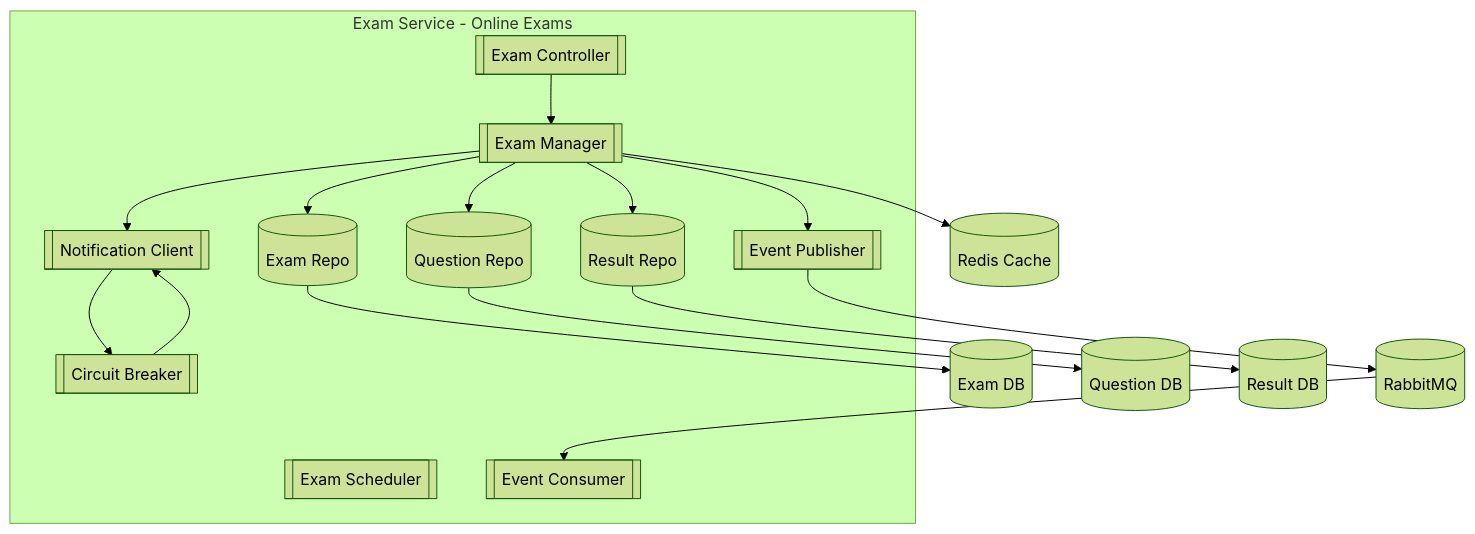
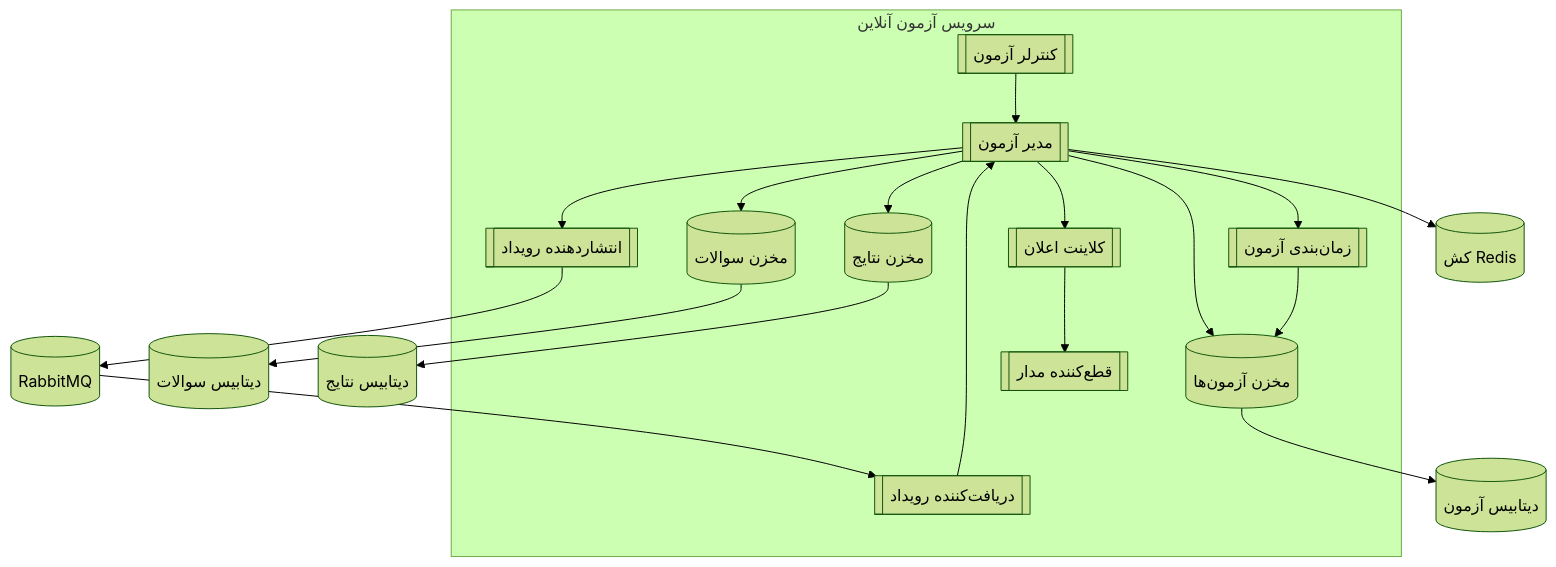
The seventh of 8 diagrams in README.md (Amir-Goli-1383/test), drawn with Mermaid (forest theme) before and after one commit. The commit also changed other lines of this file, not shown here.

````diff
--- a/README.md
+++ b/README.md
@@ -296,41 +252,46 @@
 ```mermaid
 flowchart TB
+    subgraph ExamService ["سرویس آزمون آنلاین"]
+        ExamController[[کنترلر آزمون]]
+        ExamManager[[مدیر آزمون]]
+        ExamScheduler[[زمان‌بندی آزمون]]
+        QuestionRepo[(مخزن سوالات)]
+        ExamRepo[(مخزن آزمون‌ها)]
+        ResultRepo[(مخزن نتایج)]
+        NotificationClient[[کلاینت اعلان]]
+        CB[[قطع‌کننده مدار]]
+        EventPublisher[[انتشاردهنده رویداد]]
+        EventConsumer[[دریافت‌کننده رویداد]]
+    end
+    ExamDB[(دیتابیس آزمون)]
+    QuestionDB[(دیتابیس سوالات)]
+    ResultDB[(دیتابیس نتایج)]
+    MessageBroker[(RabbitMQ)]
+    Cache[(کش Redis)]
 
-    subgraph ExamService ["Exam Service - Online Exams"]
-
-        ExamController[[Exam Controller]]
-        ExamManager[[Exam Manager]]
-        ExamScheduler[[Exam Scheduler]]
-        QuestionRepo[(Question Repo)]
-        ExamRepo[(Exam Repo)]
-        ResultRepo[(Result Repo)]
-        NotificationClient[[Notification Client]]
-        CB[[Circuit Breaker]]
-        EventPublisher[[Event Publisher]]
-        EventConsumer[[Event Consumer]]
-
-    end
-
-    ExamDB[(Exam DB)]
-    QuestionDB[(Question DB)]
-    ResultDB[(Result DB)]
-    MessageBroker[(RabbitMQ)]
-    Cache[(Redis Cache)]
-
+    %% جریان اصلی
     ExamController --> ExamManager
     ExamManager --> ExamRepo
     ExamManager --> QuestionRepo
     ExamManager --> ResultRepo
+    ExamManager --> Cache
+    ExamManager --> ExamScheduler
+
+    %% زمان‌بندی به مخزن آزمون وصل شد
+    ExamScheduler --> ExamRepo
+
+    %% اعلان با قطع‌کننده مدار
     ExamManager --> NotificationClient
     NotificationClient --> CB
-    CB --> NotificationClient
 
-    ExamManager --> Cache
+    %% ارتباط رویدادمحور
     ExamManager --> EventPublisher
     EventPublisher --> MessageBroker
     MessageBroker --> EventConsumer
+    EventConsumer --> ExamManager
 
+    %% اتصال مخزن‌ها به دیتابیس
     ExamRepo --> ExamDB
     QuestionRepo --> QuestionDB
     ResultRepo --> ResultDB
 ```
````
